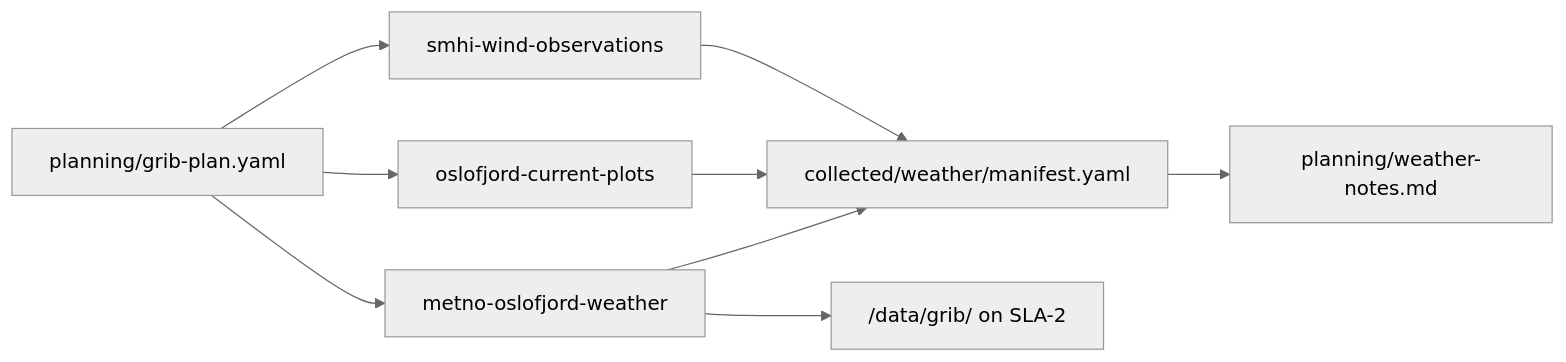
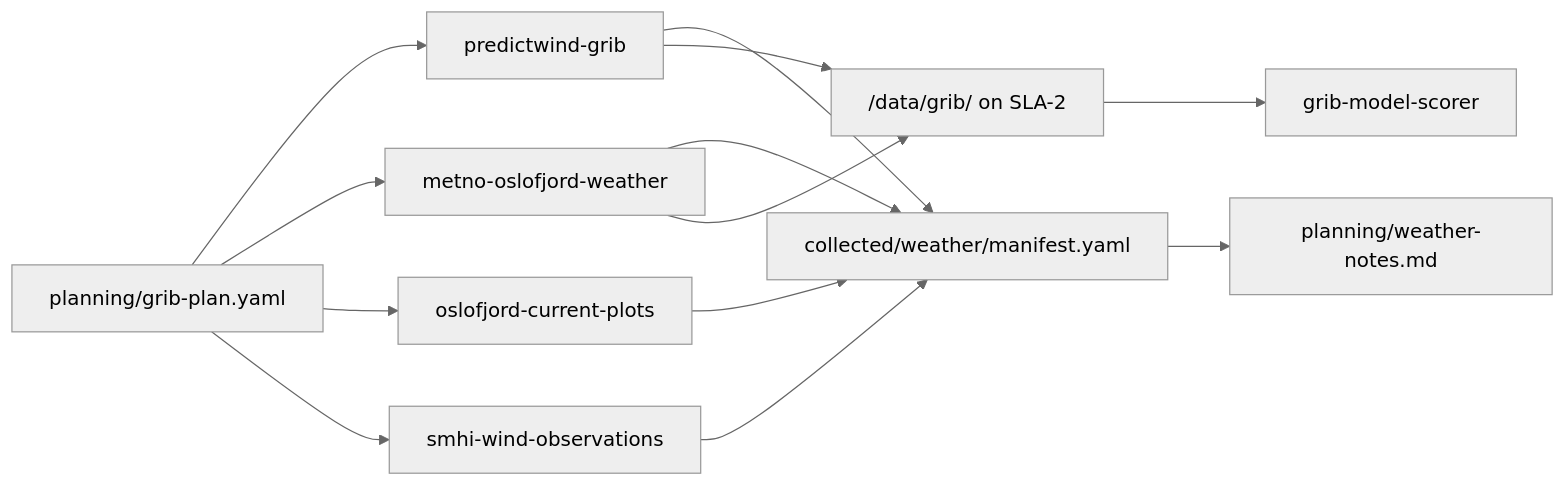
Before and after one commit to cognite-fholm/AI-sailing-system: diagram 26 of 33 in spec.md, drawn with Mermaid (neutral theme). The commit also changed other lines of this file and 9 other files, not shown here.

````diff
--- a/spec.md
+++ b/spec.md
@@ -3045,16 +3105,21 @@
 ```mermaid
 flowchart LR
   PLAN[planning/grib-plan.yaml]
+  PW[predictwind-grib]
   GRIB[metno-oslofjord-weather]
   PNG[oslofjord-current-plots]
   SMHI[smhi-wind-observations]
   MAN[collected/weather/manifest.yaml]
   NOTES[planning/weather-notes.md]
   BOAT["/data/grib/ on SLA-2"]
+  SCORER[grib-model-scorer]
 
+  PLAN --> PW --> MAN
   PLAN --> GRIB --> MAN
   PLAN --> PNG --> MAN
   PLAN --> SMHI --> MAN
   MAN --> NOTES
+  PW --> BOAT
   GRIB --> BOAT
+  BOAT --> SCORER
 ```
````
